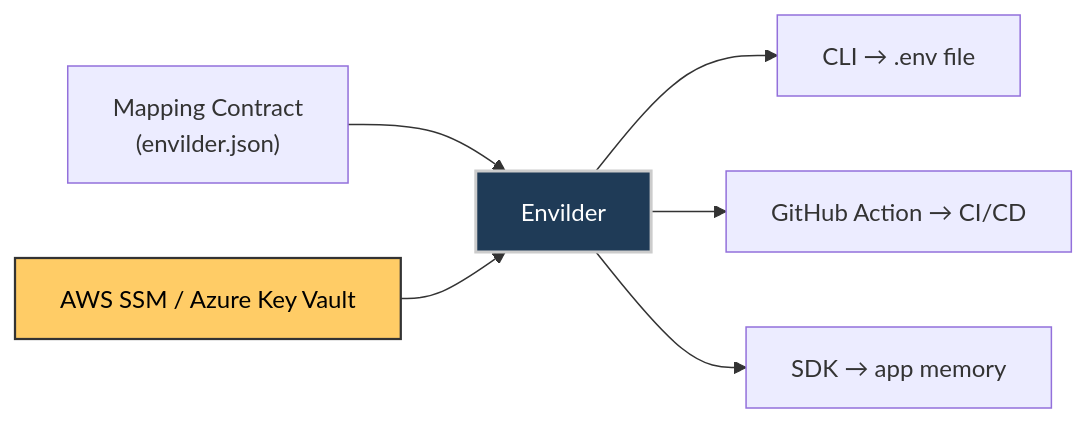
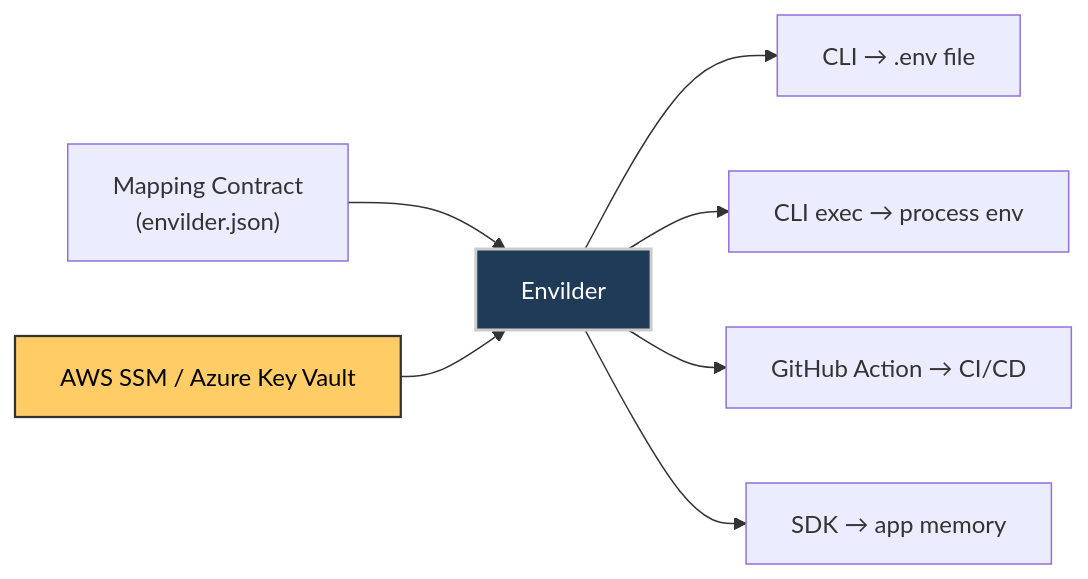
One commit to macalbert/envilder changed the diagram in README.md. Above: the diagram before and after it, drawn with Mermaid. The commit also changed other lines of this file, not shown here.

Commit message:
docs: feature envilder exec in the README overview (#565)

````diff
--- a/README.md
+++ b/README.md
@@ -373,11 +379,12 @@
 ```mermaid
 graph LR
     A["Mapping Contract<br/>(envilder.json)"] --> B[Envilder]:::core
     B --> C["CLI → .env file"]
+    B --> X["CLI exec → process env"]
     B --> D["GitHub Action → CI/CD"]
     B --> E["SDK → app memory"]
     F["AWS SSM / Azure Key Vault"]:::cloud --> B
 
     classDef cloud fill:#ffcc66,color:#000000,stroke:#333,stroke-width:1.5px;
     classDef core fill:#1f3b57,color:#fff,stroke:#ccc,stroke-width:2px;
 ```
````
